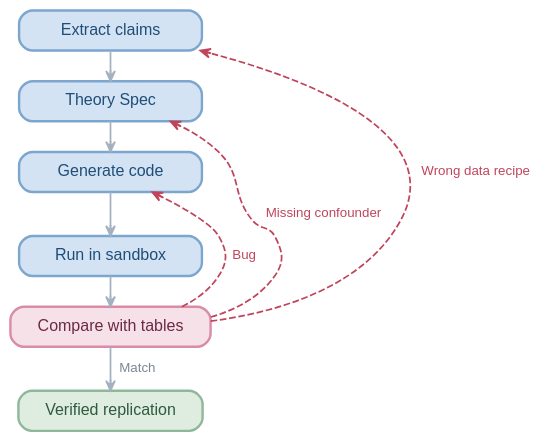
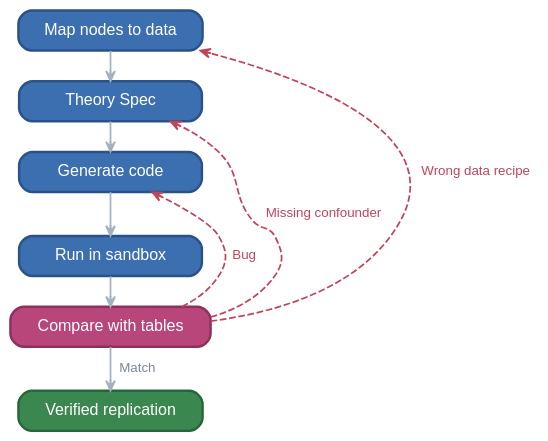
One commit to GokuHashira/gpsaggese.github.io changed diagram 13 of 15 in papers/Causal_Analysis_for_Finance/notes.slides.md. Above: the diagram before and after it, drawn with Graphviz. The commit also changed other lines of this file and 6 other files, not shown here.

````diff
--- a/papers/Causal_Analysis_for_Finance/notes.slides.md
+++ b/papers/Causal_Analysis_for_Finance/notes.slides.md
@@ -1371,41 +1418,41 @@
 ```graphviz[width=95%]
 digraph Verify {
   // stage : blue | check : rose | verified : sage
   bgcolor="transparent";
   pad="0.15";
   splines=spline;
   nodesep=0.35;
   ranksep=0.30;
   rankdir=TB;
 
   node [shape=box,
         style="rounded,filled",
         penwidth=1.8,
         fontname="Helvetica",
         fontsize=12,
         margin="0.18,0.08",
         height=0.42,
         width=1.9];
 
   edge [color="#A3B1C0",
         penwidth=1.3,
         arrowhead=vee,
         arrowsize=0.75,
         fontname="Helvetica",
         fontsize=10,
         fontcolor="#7B8794"];
 
-  Extract [label="Extract claims", fillcolor="#D3E3F3", color="#7CA6CE", fontcolor="#1F4E79"];
-  Spec    [label="Theory Spec", fillcolor="#D3E3F3", color="#7CA6CE", fontcolor="#1F4E79"];
-  Code    [label="Generate code", fillcolor="#D3E3F3", color="#7CA6CE", fontcolor="#1F4E79"];
-  Run     [label="Run in sandbox", fillcolor="#D3E3F3", color="#7CA6CE", fontcolor="#1F4E79"];
-  Compare [label="Compare with tables", fillcolor="#F6E1E8", color="#D98CA8", fontcolor="#6B2A44"];
-  Done    [label="Verified replication", fillcolor="#DFEDE0", color="#8FB79A", fontcolor="#2E5A3D"];
+  Data    [label="Map nodes to data", fillcolor="#3C6FB0", color="#2A5288", fontcolor="#FFFFFF"];
+  Spec    [label="Theory Spec", fillcolor="#3C6FB0", color="#2A5288", fontcolor="#FFFFFF"];
+  Code    [label="Generate code", fillcolor="#3C6FB0", color="#2A5288", fontcolor="#FFFFFF"];
+  Run     [label="Run in sandbox", fillcolor="#3C6FB0", color="#2A5288", fontcolor="#FFFFFF"];
+  Compare [label="Compare with tables", fillcolor="#B8467A", color="#8C3159", fontcolor="#FFFFFF"];
+  Done    [label="Verified replication", fillcolor="#3A874F", color="#27663A", fontcolor="#FFFFFF"];
 
-  Extract -> Spec -> Code -> Run -> Compare;
+  Data -> Spec -> Code -> Run -> Compare;
   Compare -> Done [label="  Match  "];
   Compare -> Code [label="  Bug  ", style=dashed, color="#C0455B", fontcolor="#C0455B", constraint=false];
   Compare -> Spec [label="  Missing confounder  ", style=dashed, color="#C0455B", fontcolor="#C0455B", constraint=false];
-  Compare -> Extract [label="  Wrong data recipe  ", style=dashed, color="#C0455B", fontcolor="#C0455B", constraint=false];
+  Compare -> Data [label="  Wrong data recipe  ", style=dashed, color="#C0455B", fontcolor="#C0455B", constraint=false];
 }
 ```
````
